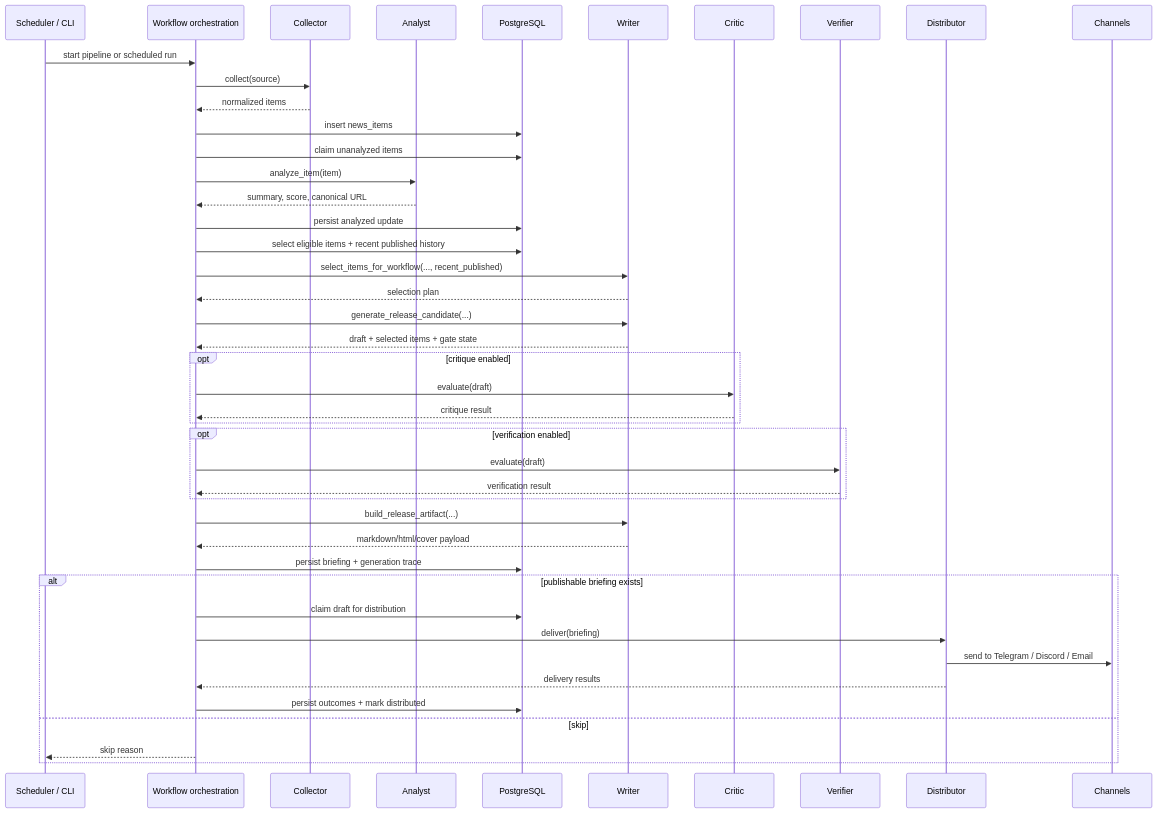
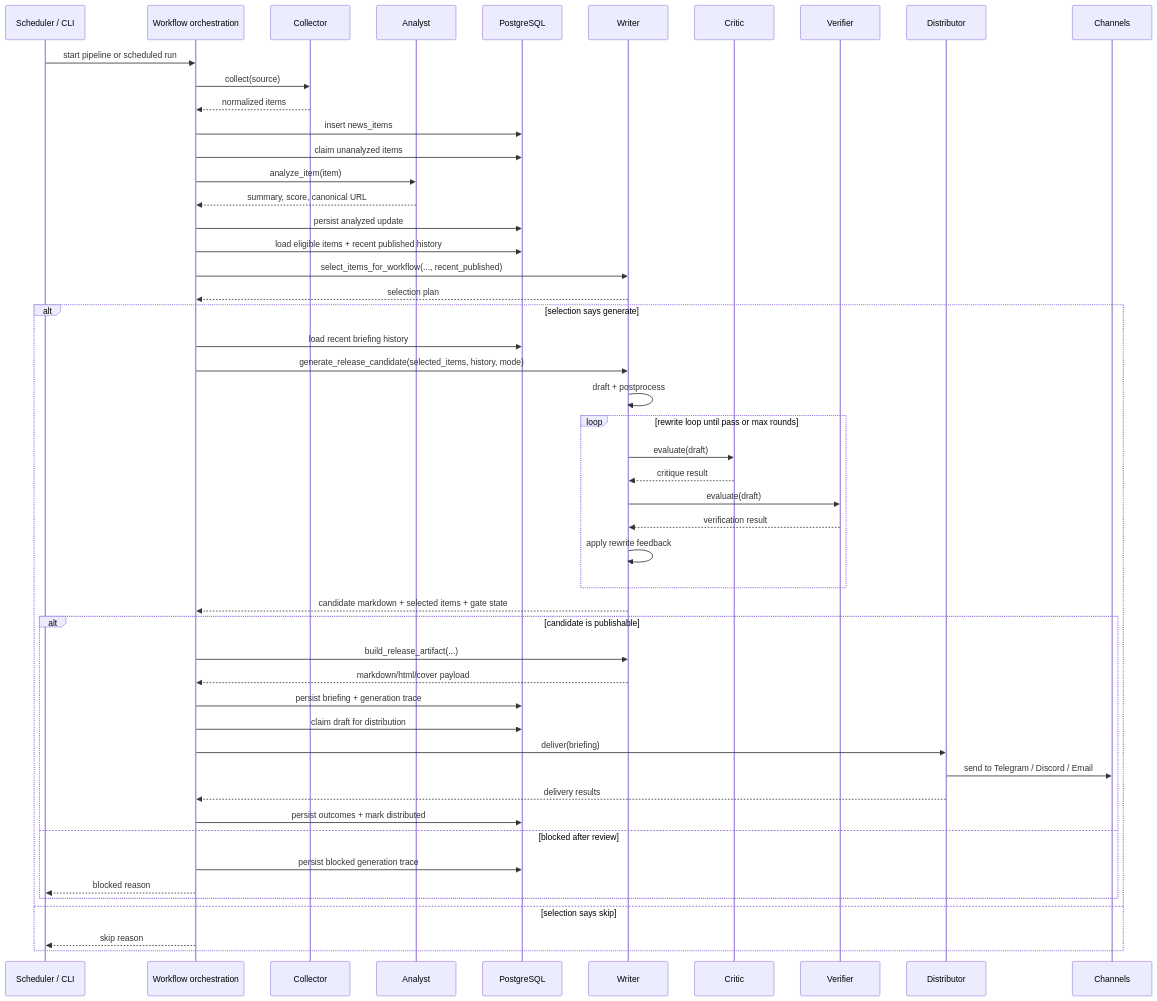
The third of 3 diagrams in README.md (andreyka/broken-cloud-news), drawn with Mermaid before and after one commit.

Commit message:
Update README workflow diagram

````diff
--- a/README.md
+++ b/README.md
@@ -146,53 +146,59 @@
 ```mermaid
 sequenceDiagram
     participant S as Scheduler / CLI
     participant W as Workflow orchestration
     participant C as Collector
     participant A as Analyst
     participant DB as PostgreSQL
     participant WR as Writer
     participant CR as Critic
     participant VE as Verifier
     participant D as Distributor
     participant CH as Channels
 
     S->>W: start pipeline or scheduled run
     W->>C: collect(source)
     C-->>W: normalized items
     W->>DB: insert news_items
 
     W->>DB: claim unanalyzed items
     W->>A: analyze_item(item)
     A-->>W: summary, score, canonical URL
     W->>DB: persist analyzed update
 
-    W->>DB: select eligible items + recent published history
+    W->>DB: load eligible items + recent published history
     W->>WR: select_items_for_workflow(..., recent_published)
     WR-->>W: selection plan
-    W->>WR: generate_release_candidate(...)
-    WR-->>W: draft + selected items + gate state
 
-    opt critique enabled
-        W->>CR: evaluate(draft)
-        CR-->>W: critique result
-    end
+    alt selection says generate
+        W->>DB: load recent briefing history
+        W->>WR: generate_release_candidate(selected_items, history, mode)
+        WR->>WR: draft + postprocess
 
-    opt verification enabled
-        W->>VE: evaluate(draft)
-        VE-->>W: verification result
-    end
+        loop rewrite loop until pass or max rounds
+            WR->>CR: evaluate(draft)
+            CR-->>WR: critique result
+            WR->>VE: evaluate(draft)
+            VE-->>WR: verification result
+            WR->>WR: apply rewrite feedback
+        end
 
-    W->>WR: build_release_artifact(...)
-    WR-->>W: markdown/html/cover payload
-    W->>DB: persist briefing + generation trace
+        WR-->>W: candidate markdown + selected items + gate state
 
-    alt publishable briefing exists
-        W->>DB: claim draft for distribution
-        W->>D: deliver(briefing)
-        D->>CH: send to Telegram / Discord / Email
-        D-->>W: delivery results
-        W->>DB: persist outcomes + mark distributed
-    else skip
+        alt candidate is publishable
+            W->>WR: build_release_artifact(...)
+            WR-->>W: markdown/html/cover payload
+            W->>DB: persist briefing + generation trace
+            W->>DB: claim draft for distribution
+            W->>D: deliver(briefing)
+            D->>CH: send to Telegram / Discord / Email
+            D-->>W: delivery results
+            W->>DB: persist outcomes + mark distributed
+        else blocked after review
+            W->>DB: persist blocked generation trace
+            W-->>S: blocked reason
+        end
+    else selection says skip
         W-->>S: skip reason
     end
 ```
````
